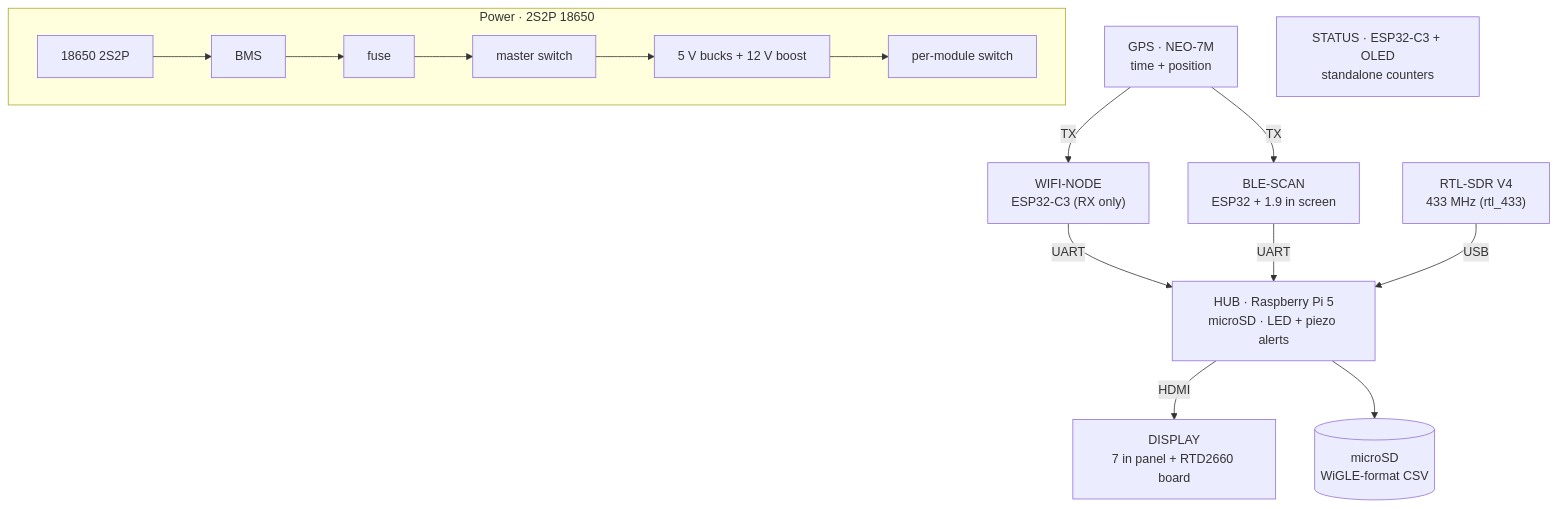
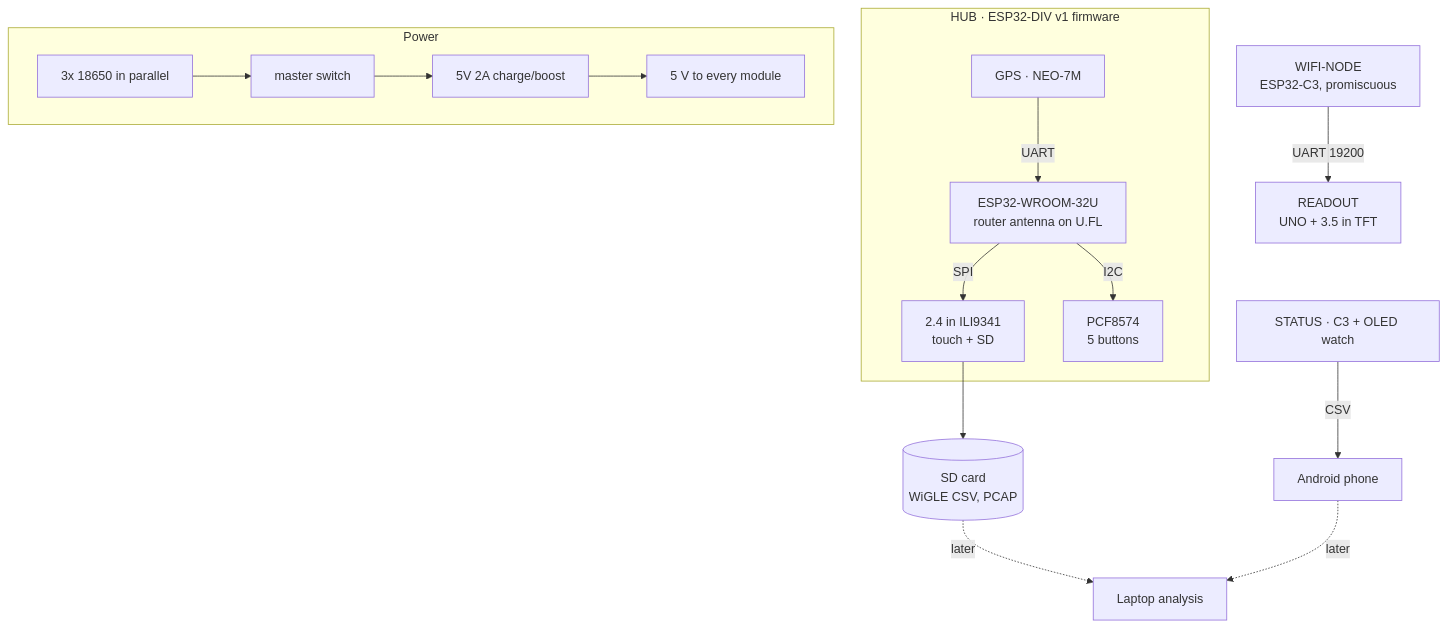
Before and after one commit to Lincalibur/War-rig-phantom: the diagram in README.md, drawn with Mermaid. The commit also changed other lines of this file and 6 other files, not shown here.

First line of the commit message:
Rewrite the docs for the ESP32-DIV v1 build

````diff
--- a/README.md
+++ b/README.md
@@ -33,24 +39,22 @@
 ```mermaid
 flowchart TD
-    GPS["GPS · NEO-7M<br/>time + position"]
-    WIFI["WIFI-NODE<br/>ESP32-C3 (RX only)"]
-    BLE["BLE-SCAN<br/>ESP32 + 1.9 in screen"]
-    HUB["HUB · Raspberry Pi 5<br/>microSD · LED + piezo alerts"]
-    SDR["RTL-SDR V4<br/>433 MHz (rtl_433)"]
-    DISPLAY["DISPLAY<br/>7 in panel + RTD2660 board"]
-    STATUS["STATUS · ESP32-C3 + OLED<br/>standalone counters"]
-    SD[("microSD<br/>WiGLE-format CSV")]
+    subgraph HUBG["HUB · ESP32-DIV v1 firmware"]
+      ESP["ESP32-WROOM-32U<br/>router antenna on U.FL"]
+      TFT["2.4 in ILI9341<br/>touch + SD"]
+      PCF["PCF8574<br/>5 buttons"]
+      GPS["GPS · NEO-7M"]
+      ESP -->|SPI| TFT
+      ESP -->|I2C| PCF
+      GPS -->|UART| ESP
+    end
+    WIFI["WIFI-NODE<br/>ESP32-C3, promiscuous"] -->|UART 19200| READOUT["READOUT<br/>UNO + 3.5 in TFT"]
+    STATUS["STATUS · C3 + OLED watch"] -->|CSV| PHONE["Android phone"]
+    TFT --> SD[("SD card<br/>WiGLE CSV, PCAP")]
+    SD -.->|later| LAPTOP["Laptop analysis"]
+    PHONE -.->|later| LAPTOP
 
-    GPS -->|TX| WIFI
-    GPS -->|TX| BLE
-    WIFI -->|UART| HUB
-    BLE -->|UART| HUB
-    SDR -->|USB| HUB
-    HUB -->|HDMI| DISPLAY
-    HUB --> SD
-
-    subgraph POWER["Power · 2S2P 18650"]
+    subgraph POWER["Power"]
       direction LR
-      BAT["18650 2S2P"] --> BMS["BMS"] --> FUSE["fuse"] --> MSW["master switch"] --> BUCK["5 V bucks + 12 V boost"] --> PSW["per-module switch"]
+      BAT["3x 18650 in parallel"] --> MSW["master switch"] --> BOOST["5V 2A charge/boost"] --> RAIL["5 V to every module"]
     end
 ```
````
